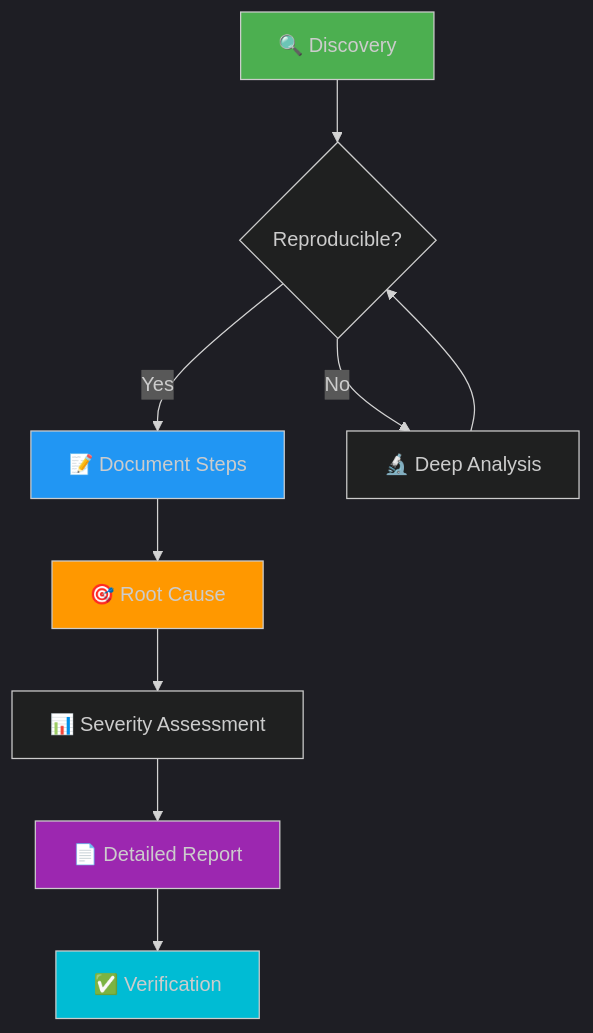
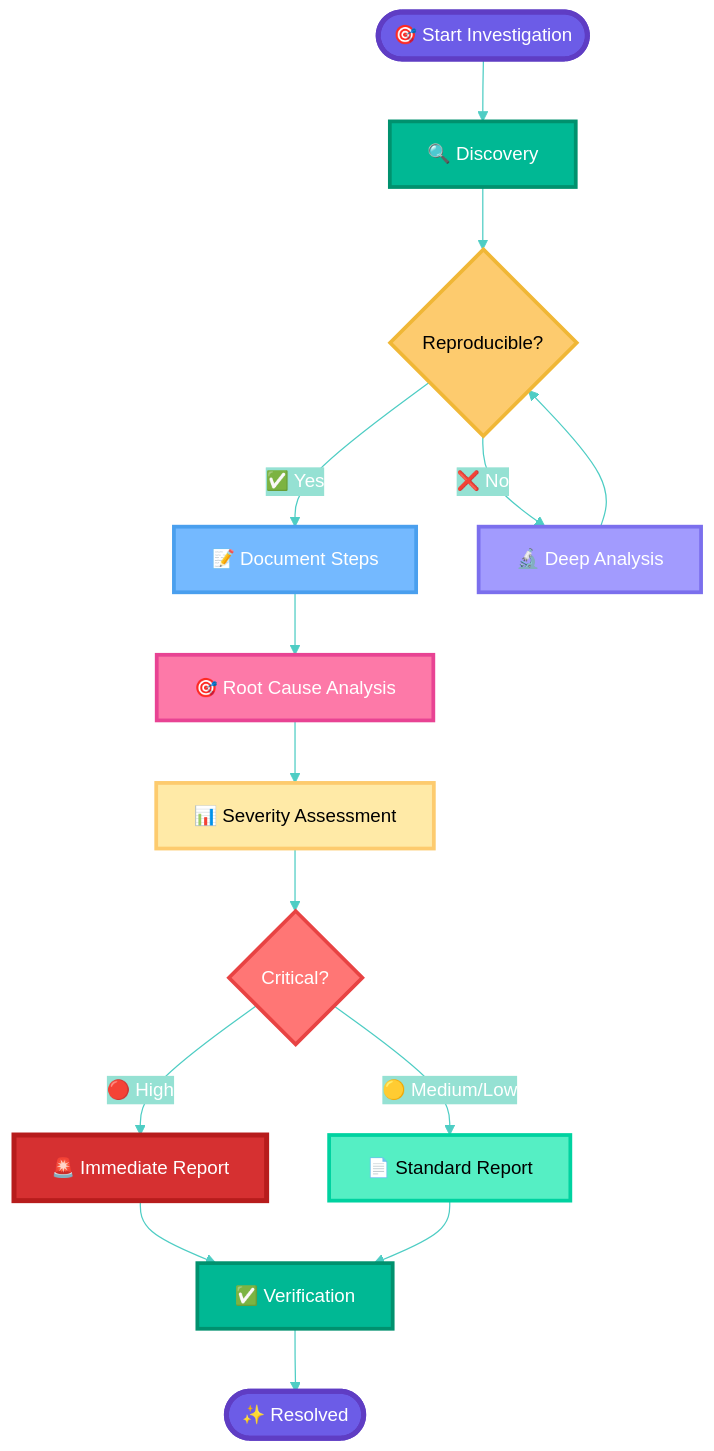
The third of 3 diagrams in README.md (Jobzakung/Jobzakung), drawn with Mermaid before and after one commit. The commit also changed other lines of this file, not shown here.

Commit message:
Fix formatting and update text in README.md

````diff
--- a/README.md
+++ b/README.md
@@ -193,18 +193,30 @@
 ```mermaid
-%%{init: {'theme':'dark'}}%%
+%%{init: {'theme':'base', 'themeVariables': { 'primaryColor':'#FF6B6B', 'primaryTextColor':'#fff', 'primaryBorderColor':'#EE5A6F', 'lineColor':'#4ECDC4', 'secondaryColor':'#95E1D3', 'fontSize':'15px'}}}%%
 flowchart TD
-    A[🔍 Discovery] --> B{Reproducible?}
-    B -->|Yes| C[📝 Document Steps]
-    B -->|No| D[🔬 Deep Analysis]
+    Start([🎯 Start Investigation]) --> A[🔍 Discovery]
+    A --> B{Reproducible?}
+    B -->|✅ Yes| C[📝 Document Steps]
+    B -->|❌ No| D[🔬 Deep Analysis]
     D --> B
-    C --> E[🎯 Root Cause]
+    C --> E[🎯 Root Cause Analysis]
     E --> F[📊 Severity Assessment]
-    F --> G[📄 Detailed Report]
-    G --> H[✅ Verification]
+    F --> G{Critical?}
+    G -->|🔴 High| H[🚨 Immediate Report]
+    G -->|🟡 Medium/Low| I[📄 Standard Report]
+    H --> J[✅ Verification]
+    I --> J
+    J --> K([✨ Resolved])
     
-    style A fill:#4CAF50
-    style C fill:#2196F3
-    style E fill:#FF9800
-    style G fill:#9C27B0
-    style H fill:#00BCD4
+    style Start fill:#6C5CE7,stroke:#5F3DC4,stroke-width:4px,color:#fff
+    style A fill:#00B894,stroke:#00916E,stroke-width:3px,color:#fff
+    style B fill:#FDCB6E,stroke:#F0B736,stroke-width:3px,color:#000
+    style C fill:#74B9FF,stroke:#4A9FEE,stroke-width:3px,color:#fff
+    style D fill:#A29BFE,stroke:#7B6FED,stroke-width:3px,color:#fff
+    style E fill:#FD79A8,stroke:#E84393,stroke-width:3px,color:#fff
+    style F fill:#FFEAA7,stroke:#FDCB6E,stroke-width:3px,color:#000
+    style G fill:#FF7675,stroke:#E84343,stroke-width:3px,color:#fff
+    style H fill:#D63031,stroke:#B71C1C,stroke-width:4px,color:#fff
+    style I fill:#55EFC4,stroke:#00D2A0,stroke-width:3px,color:#000
+    style J fill:#00B894,stroke:#00916E,stroke-width:3px,color:#fff
+    style K fill:#6C5CE7,stroke:#5F3DC4,stroke-width:4px,color:#fff
 ```
````
